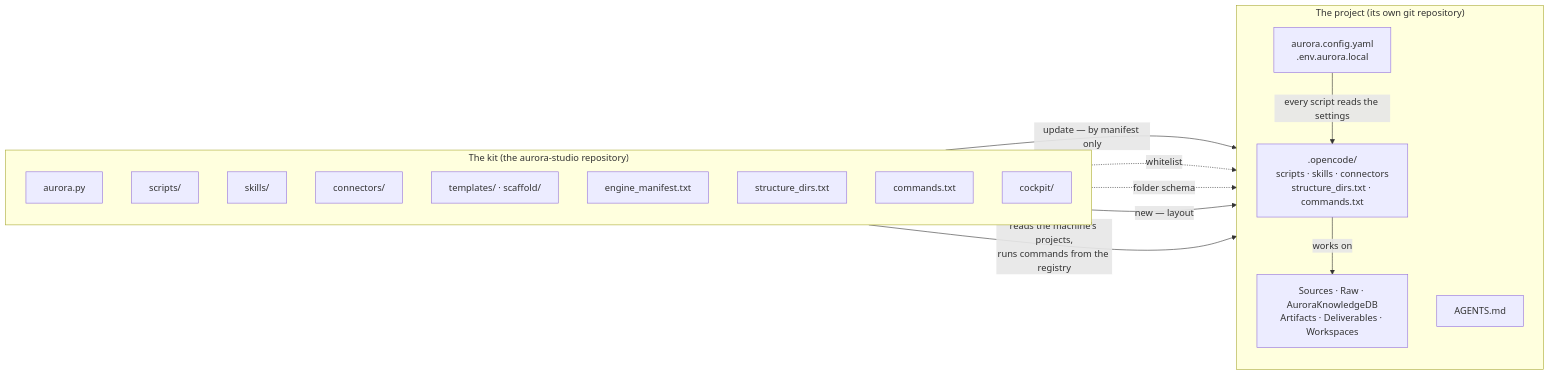
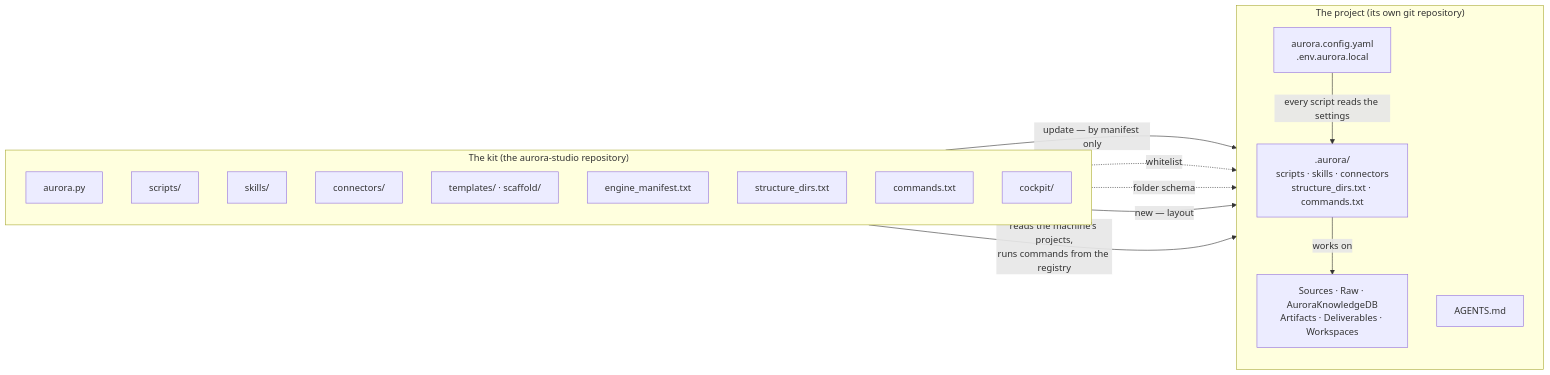
One commit to VVG-web/aurora-studio changed the first of 3 diagrams in docs/en/architecture.md. Above: the diagram before and after it, drawn with Mermaid. The commit also changed other lines of this file and 175 other files, not shown here.

````diff
--- a/docs/en/architecture.md
+++ b/docs/en/architecture.md
@@ -17,31 +17,31 @@
 ```mermaid
 flowchart LR
   subgraph KIT["The kit (the aurora-studio repository)"]
     direction TB
     AP["aurora.py"]
     SC["scripts/"]
     SK["skills/"]
     CN["connectors/"]
     TP["templates/ · scaffold/"]
     MF["engine_manifest.txt"]
     SD["structure_dirs.txt"]
     CR["commands.txt"]
     CK["cockpit/"]
   end
 
   subgraph PRJ["The project (its own git repository)"]
     direction TB
     CFG["aurora.config.yaml<br>.env.aurora.local"]
-    ENG[".opencode/<br>scripts · skills · connectors<br>structure_dirs.txt · commands.txt"]
+    ENG[".aurora/<br>scripts · skills · connectors<br>structure_dirs.txt · commands.txt"]
     DATA["Sources · Raw · AuroraKnowledgeDB<br>Artifacts · Deliverables · Workspaces"]
     AG["AGENTS.md"]
   end
 
   AP -->|"new — layout"| PRJ
   AP -->|"update — by manifest only"| ENG
   MF -.->|"whitelist"| ENG
   SD -.->|"folder schema"| DATA
   CK -->|"reads the machine's projects,<br>runs commands from the registry"| PRJ
   ENG -->|"works on"| DATA
   CFG -->|"every script reads the settings"| ENG
 ```
````
